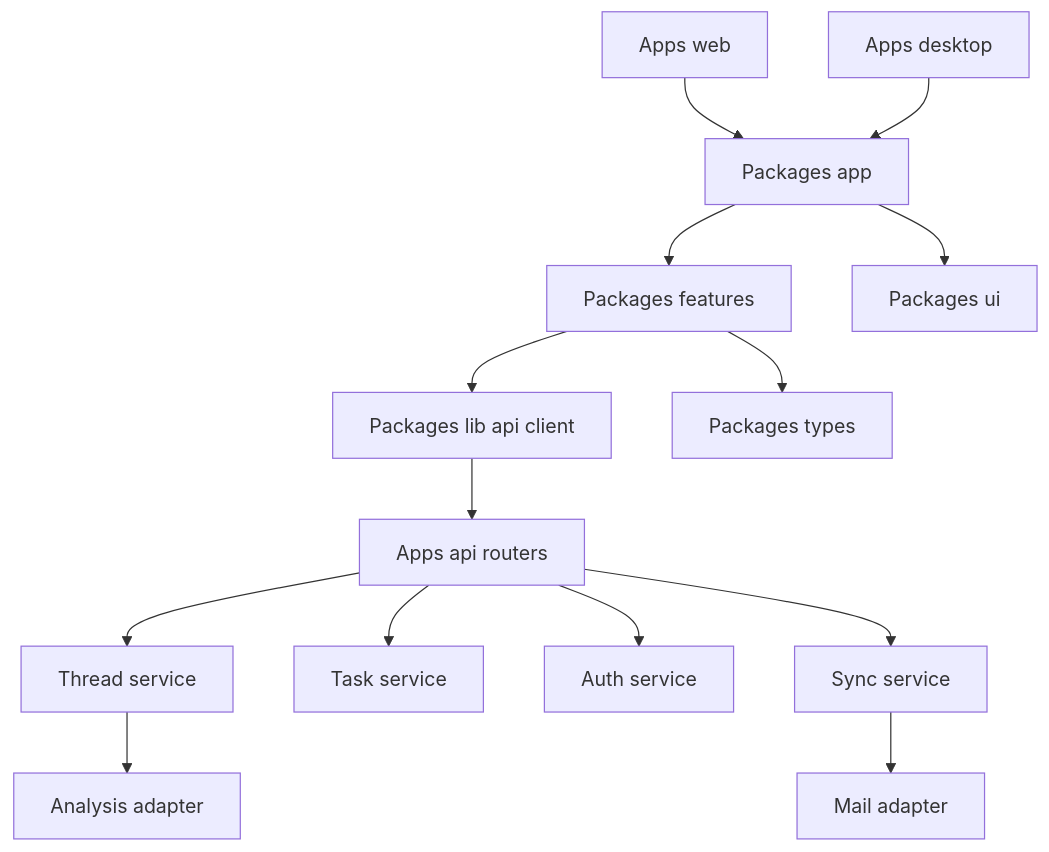
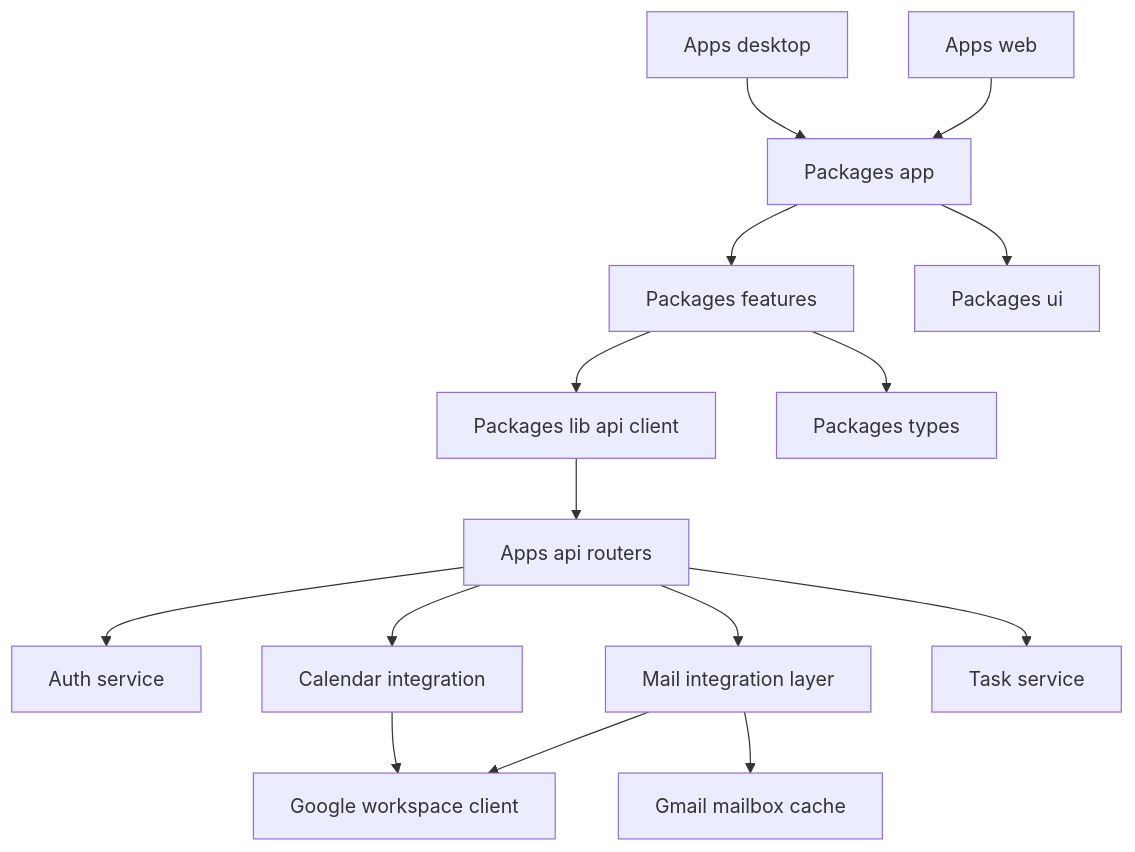
One commit to ruoliu2/InboxOS changed the diagram in docs/architecture/component-overview.md. Above: the diagram before and after it, drawn with Mermaid. The commit also changed other lines of this file and 33 other files, not shown here.

Commit message:
Remove legacy sync and thread stack

````diff
--- a/docs/architecture/component-overview.md
+++ b/docs/architecture/component-overview.md
@@ -7,16 +7,17 @@
 ```mermaid
 graph TD
 A1["Apps web"] --> B1["Packages app"]
 A2["Apps desktop"] --> B1
 B1 --> C1["Packages features"]
 B1 --> D1["Packages ui"]
 C1 --> E1["Packages lib api client"]
 C1 --> F1["Packages types"]
 E1 --> G1["Apps api routers"]
-G1 --> H1["Thread service"]
-G1 --> I1["Task service"]
-G1 --> J1["Auth service"]
-G1 --> K1["Sync service"]
-K1 --> L1["Mail adapter"]
-H1 --> M1["Analysis adapter"]
+G1 --> H1["Auth service"]
+G1 --> I1["Mail integration layer"]
+I1 --> J1["Google workspace client"]
+I1 --> K1["Gmail mailbox cache"]
+G1 --> L1["Calendar integration"]
+L1 --> J1
+G1 --> M1["Task service"]
 ```
````
